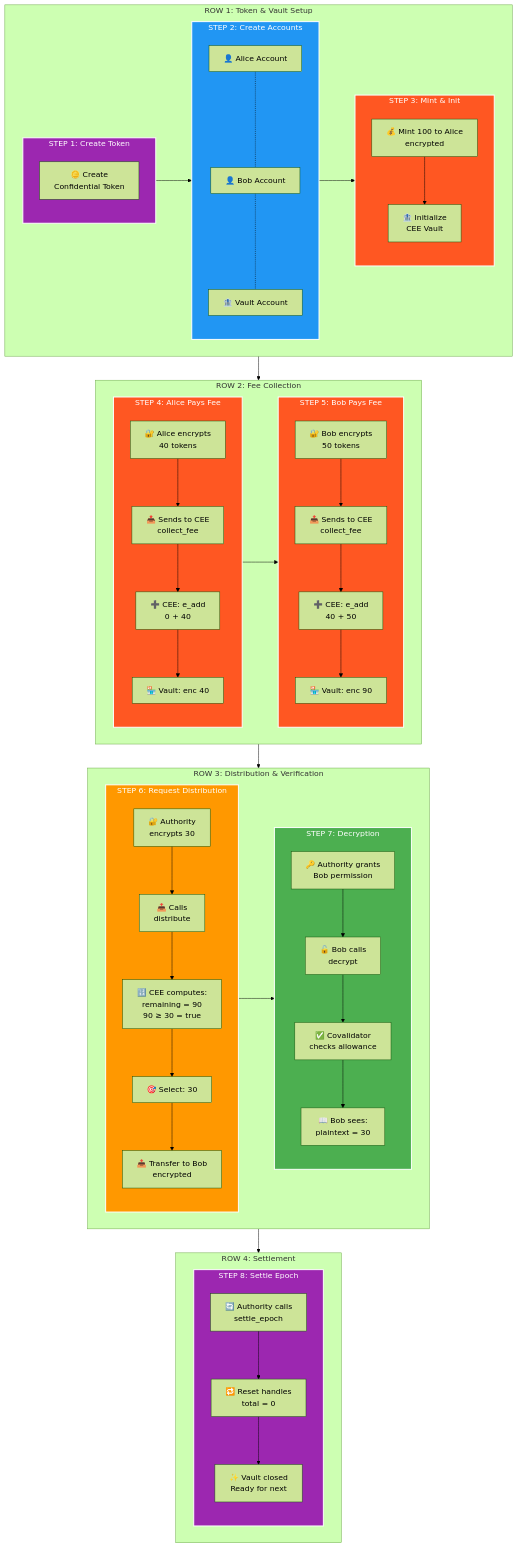
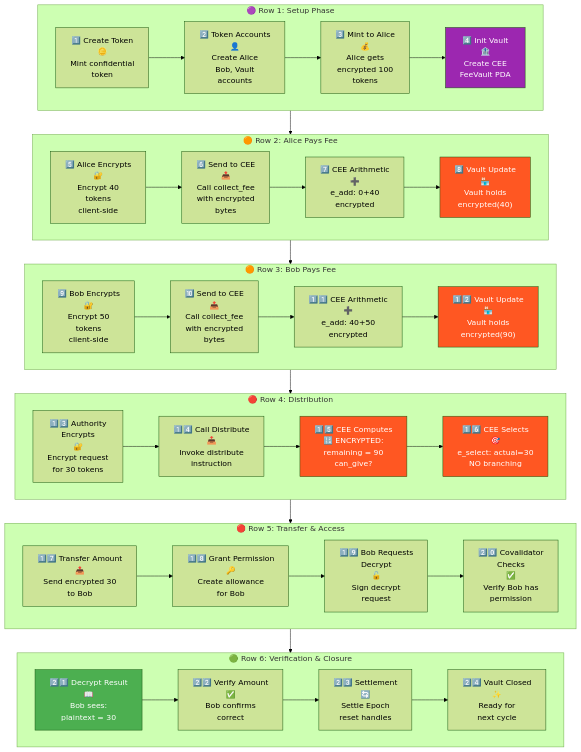
The first of 22 diagrams in README.md (Rahul-Prasad-07/Confidential-Economic-Engine), drawn with Mermaid (forest theme) before and after one commit. The commit also changed other lines of this file, not shown here.

Commit message:
updated flow

````diff
--- a/README.md
+++ b/README.md
@@ -57,96 +57,69 @@
 ```mermaid
 graph TB
-    subgraph row1["ROW 1: Token & Vault Setup"]
+    subgraph row1 ["🟣 Row 1: Setup Phase"]
         direction LR
-        
-        subgraph step1["STEP 1: Create Token"]
-            A["🪙 Create<br/>Confidential Token"]
-        end
-        
-        subgraph step2["STEP 2: Create Accounts"]
-            B["👤 Alice Account"]
-            C["👤 Bob Account"]
-            D["🏦 Vault Account"]
-            B -..- C -..- D
-        end
-        
-        subgraph step3["STEP 3: Mint & Init"]
-            E["💰 Mint 100 to Alice<br/>encrypted"]
-            F["🏦 Initialize<br/>CEE Vault"]
-            E --> F
-        end
-        
-        step1 --> step2 --> step3
+        S1["1️⃣ Create Token<br/>🪙<br/>Mint confidential<br/>token"]
+        S2["2️⃣ Token Accounts<br/>👤<br/>Create Alice<br/>Bob, Vault<br/>accounts"]
+        S3["3️⃣ Mint to Alice<br/>💰<br/>Alice gets<br/>encrypted 100<br/>tokens"]
+        S4["4️⃣ Init Vault<br/>🏦<br/>Create CEE<br/>FeeVault PDA"]
+        S1 --> S2 --> S3 --> S4
     end
     
-    subgraph row2["ROW 2: Fee Collection"]
+    subgraph row2 ["🟠 Row 2: Alice Pays Fee"]
         direction LR
-        
-        subgraph step4["STEP 4: Alice Pays Fee"]
-            G["🔐 Alice encrypts<br/>40 tokens"]
-            H["📤 Sends to CEE<br/>collect_fee"]
-            I["➕ CEE: e_add<br/>0 + 40"]
-            J["🏪 Vault: enc 40"]
-            G --> H --> I --> J
-        end
-        
-        subgraph step5["STEP 5: Bob Pays Fee"]
-            K["🔐 Bob encrypts<br/>50 tokens"]
-            L["📤 Sends to CEE<br/>collect_fee"]
-            M["➕ CEE: e_add<br/>40 + 50"]
-            N["🏪 Vault: enc 90"]
-            K --> L --> M --> N
-        end
-        
-        step4 --> step5
+        C1["5️⃣ Alice Encrypts<br/>🔐<br/>Encrypt 40<br/>tokens<br/>client-side"]
+        C2["6️⃣ Send to CEE<br/>📤<br/>Call collect_fee<br/>with encrypted<br/>bytes"]
+        C3["7️⃣ CEE Arithmetic<br/>➕<br/>e_add: 0+40<br/>encrypted"]
+        C4["8️⃣ Vault Update<br/>🏪<br/>Vault holds<br/>encrypted(40)"]
+        C1 --> C2 --> C3 --> C4
     end
     
-    subgraph row3["ROW 3: Distribution & Verification"]
+    subgraph row3 ["🟠 Row 3: Bob Pays Fee"]
         direction LR
-        
-        subgraph step6["STEP 6: Request Distribution"]
-            O["🔐 Authority<br/>encrypts 30"]
-            P["📥 Calls<br/>distribute"]
-            Q["🔢 CEE computes:<br/>remaining = 90<br/>90 ≥ 30 = true"]
-            R["🎯 Select: 30"]
-            S["📤 Transfer to Bob<br/>encrypted"]
-            O --> P --> Q --> R --> S
-        end
-        
-        subgraph step7["STEP 7: Decryption"]
-            T["🔑 Authority grants<br/>Bob permission"]
-            U["🔓 Bob calls<br/>decrypt"]
-            V["✅ Covalidator<br/>checks allowance"]
-            W["📖 Bob sees:<br/>plaintext = 30"]
-            T --> U --> V --> W
-        end
-        
-        step6 --> step7
+        D1["9️⃣ Bob Encrypts<br/>🔐<br/>Encrypt 50<br/>tokens<br/>client-side"]
+        D2["🔟 Send to CEE<br/>📤<br/>Call collect_fee<br/>with encrypted<br/>bytes"]
+        D3["1️⃣1️⃣ CEE Arithmetic<br/>➕<br/>e_add: 40+50<br/>encrypted"]
+        D4["1️⃣2️⃣ Vault Update<br/>🏪<br/>Vault holds<br/>encrypted(90)"]
+        D1 --> D2 --> D3 --> D4
     end
     
-    subgraph row4["ROW 4: Settlement"]
+    subgraph row4 ["🔴 Row 4: Distribution"]
         direction LR
-        
-        subgraph step8["STEP 8: Settle Epoch"]
-            X["🔄 Authority calls<br/>settle_epoch"]
-            Y["🔁 Reset handles<br/>total = 0"]
-            Z["✨ Vault closed<br/>Ready for next"]
-            X --> Y --> Z
-        end
-        
-        step8
+        E1["1️⃣3️⃣ Authority<br/>Encrypts<br/>🔐<br/>Encrypt request<br/>for 30 tokens"]
+        E2["1️⃣4️⃣ Call Distribute<br/>📥<br/>Invoke distribute<br/>instruction"]
+        E3["1️⃣5️⃣ CEE Computes<br/>🔢 ENCRYPTED:<br/>remaining = 90<br/>can_give?"]
+        E4["1️⃣6️⃣ CEE Selects<br/>🎯<br/>e_select: actual=30<br/>NO branching"]
+        E1 --> E2 --> E3 --> E4
     end
     
-    row1 --> row2
-    row2 --> row3
-    row3 --> row4
+    subgraph row5 ["🔴 Row 5: Transfer & Access"]
+        direction LR
+        F1["1️⃣7️⃣ Transfer Amount<br/>📤<br/>Send encrypted 30<br/>to Bob"]
+        F2["1️⃣8️⃣ Grant Permission<br/>🔑<br/>Create allowance<br/>for Bob"]
+        F3["1️⃣9️⃣ Bob Requests<br/>Decrypt<br/>🔓<br/>Sign decrypt<br/>request"]
+        F4["2️⃣0️⃣ Covalidator<br/>Checks<br/>✅<br/>Verify Bob has<br/>permission"]
+        F1 --> F2 --> F3 --> F4
+    end
     
-    style step1 fill:#9C27B0,color:#fff,stroke:#fff,stroke-width:2px
-    style step2 fill:#2196F3,color:#fff,stroke:#fff,stroke-width:2px
-    style step3 fill:#FF5722,color:#fff,stroke:#fff,stroke-width:2px
-    style step4 fill:#FF5722,color:#fff,stroke:#fff,stroke-width:2px
-    style step5 fill:#FF5722,color:#fff,stroke:#fff,stroke-width:2px
-    style step6 fill:#FF9800,color:#fff,stroke:#fff,stroke-width:2px
-    style step7 fill:#4CAF50,color:#fff,stroke:#fff,stroke-width:2px
-    style step8 fill:#9C27B0,color:#fff,stroke:#fff,stroke-width:2px
+    subgraph row6 ["🟢 Row 6: Verification & Closure"]
+        direction LR
+        G1["2️⃣1️⃣ Decrypt Result<br/>📖<br/>Bob sees:<br/>plaintext = 30"]
+        G2["2️⃣2️⃣ Verify Amount<br/>✅<br/>Bob confirms<br/>correct"]
+        G3["2️⃣3️⃣ Settlement<br/>🔄<br/>Settle Epoch<br/>reset handles"]
+        G4["2️⃣4️⃣ Vault Closed<br/>✨<br/>Ready for<br/>next cycle"]
+        G1 --> G2 --> G3 --> G4
+    end
+    
+    S4 --> C1
+    C4 --> D1
+    D4 --> E1
+    E4 --> F1
+    F4 --> G1
+    
+    style S4 fill:#9C27B0,color:#fff
+    style C4 fill:#FF5722,color:#fff
+    style D4 fill:#FF5722,color:#fff
+    style E3 fill:#FF5722,color:#fff
+    style E4 fill:#FF5722,color:#fff
+    style G1 fill:#4CAF50,color:#fff
 ```
````
